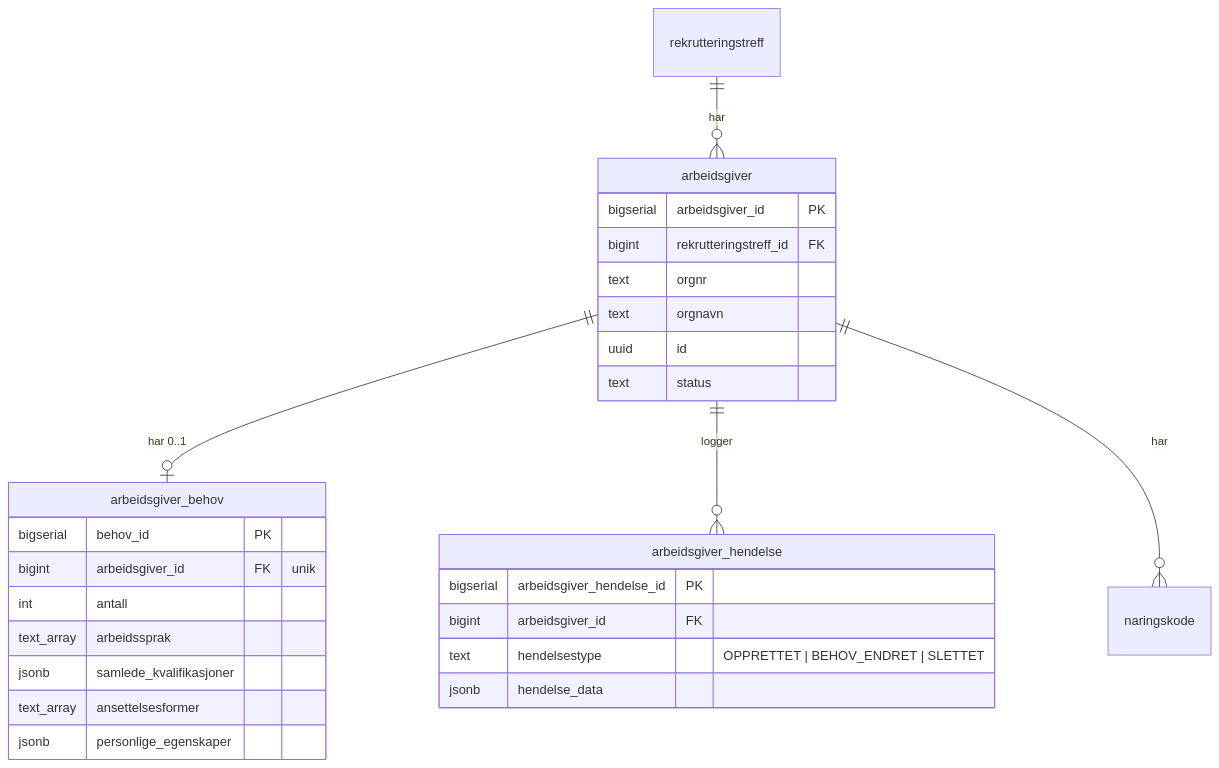
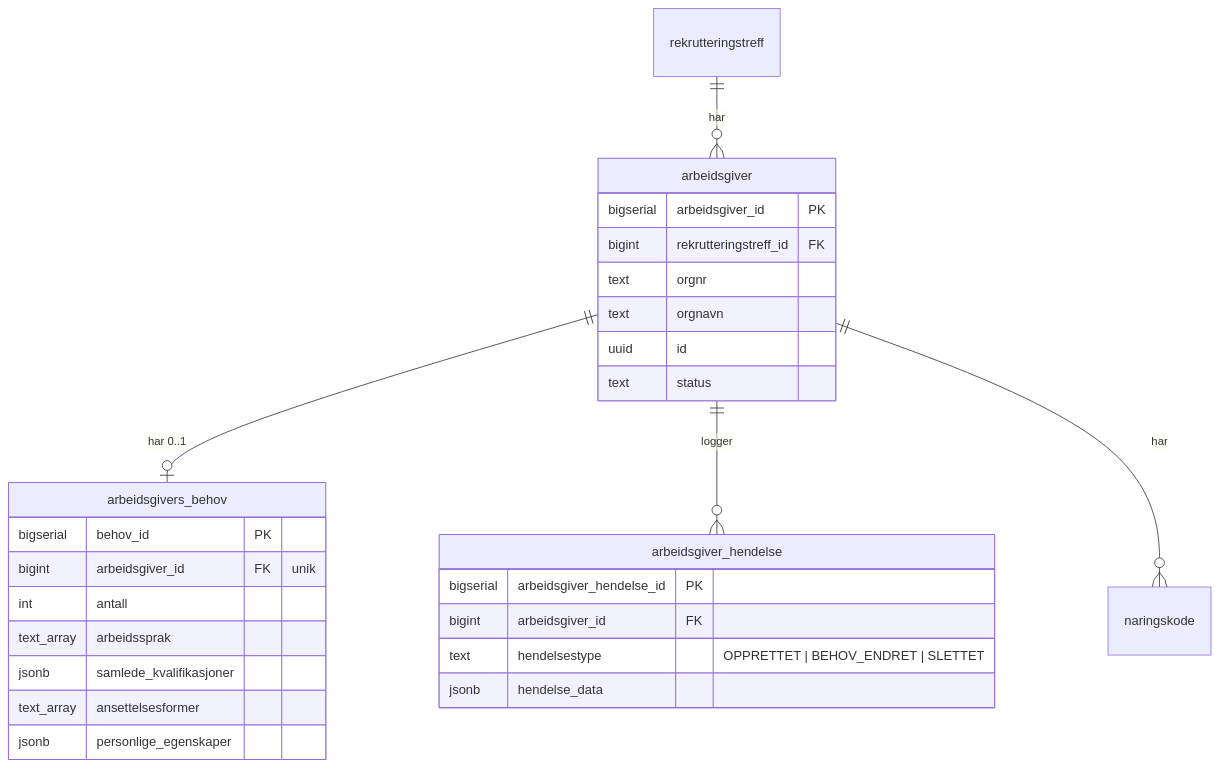
One commit to navikt/rekrutteringstreff-backend changed the first of 3 diagrams in docs/9-planer/arbeidsgiver_behov/arbeidsgivers-behov.md. Above: the diagram before and after it, drawn with Mermaid. The commit also changed other lines of this file and 3 other files, not shown here.

````diff
--- a/docs/9-planer/arbeidsgiver_behov/arbeidsgivers-behov.md
+++ b/docs/9-planer/arbeidsgiver_behov/arbeidsgivers-behov.md
@@ -70,30 +70,30 @@
 ```mermaid
 erDiagram
     rekrutteringstreff ||--o{ arbeidsgiver : har
-    arbeidsgiver ||--o| arbeidsgiver_behov : "har 0..1"
+    arbeidsgiver ||--o| arbeidsgivers_behov : "har 0..1"
     arbeidsgiver ||--o{ arbeidsgiver_hendelse : logger
     arbeidsgiver ||--o{ naringskode : har
     arbeidsgiver {
         bigserial arbeidsgiver_id PK
         bigint rekrutteringstreff_id FK
         text orgnr
         text orgnavn
         uuid id
         text status
     }
-    arbeidsgiver_behov {
+    arbeidsgivers_behov {
         bigserial behov_id PK
         bigint arbeidsgiver_id FK "unik"
         int antall
         text_array arbeidssprak
         jsonb samlede_kvalifikasjoner
         text_array ansettelsesformer
         jsonb personlige_egenskaper
     }
     arbeidsgiver_hendelse {
         bigserial arbeidsgiver_hendelse_id PK
         bigint arbeidsgiver_id FK
         text hendelsestype "OPPRETTET | BEHOV_ENDRET | SLETTET"
         jsonb hendelse_data
     }
 ```
````
